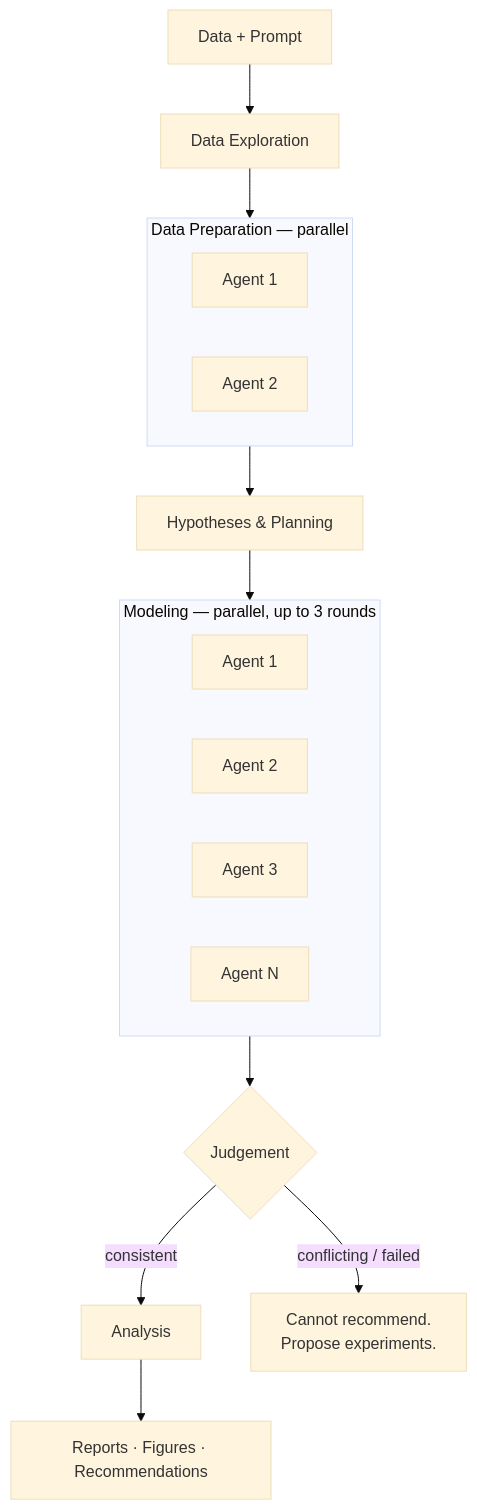
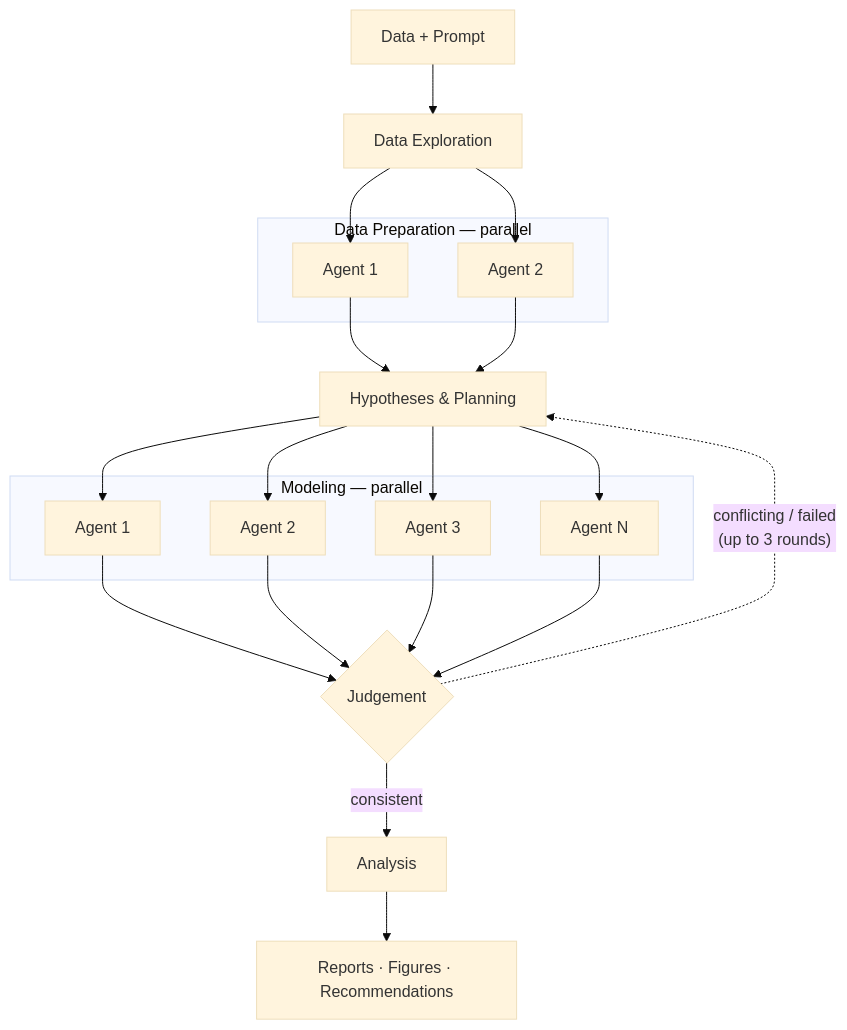
Before and after one commit to pymc-labs/decision-lab: the diagram in decision-packs/mmm/README.md, drawn with Mermaid (base theme).

Commit message:
Retry loop with dotted line, explicit node connections

````diff
--- a/decision-packs/mmm/README.md
+++ b/decision-packs/mmm/README.md
@@ -17,25 +17,28 @@
 ```mermaid
 flowchart TD
     D[Data + Prompt] --> E[Data Exploration]
-    E --> DP
+    E --> DP1[Agent 1] & DP2[Agent 2]
 
-    subgraph DP [Data Preparation — parallel]
-        DP1[Agent 1]
-        DP2[Agent 2]
+    subgraph prep [Data Preparation — parallel]
+        DP1
+        DP2
     end
 
-    DP --> HP[Hypotheses & Planning]
-    HP --> M
+    DP1 & DP2 --> HP[Hypotheses & Planning]
 
-    subgraph M [Modeling — parallel, up to 3 rounds]
-        M1[Agent 1]
-        M2[Agent 2]
-        M3[Agent 3]
-        MN[Agent N]
+    HP --> MA1[Agent 1] & MA2[Agent 2] & MA3[Agent 3] & MAN[Agent N]
+
+    subgraph model [Modeling — parallel]
+        MA1
+        MA2
+        MA3
+        MAN
     end
 
-    M --> J{Judgement}
+    MA1 & MA2 & MA3 & MAN --> J{Judgement}
+
     J -- consistent --> A[Analysis]
-    J -- conflicting / failed --> STOP[Cannot recommend.\nPropose experiments.]
+    J -. "conflicting / failed\n(up to 3 rounds)" .-> HP
+
     A --> O[Reports · Figures · Recommendations]
 ```
````
